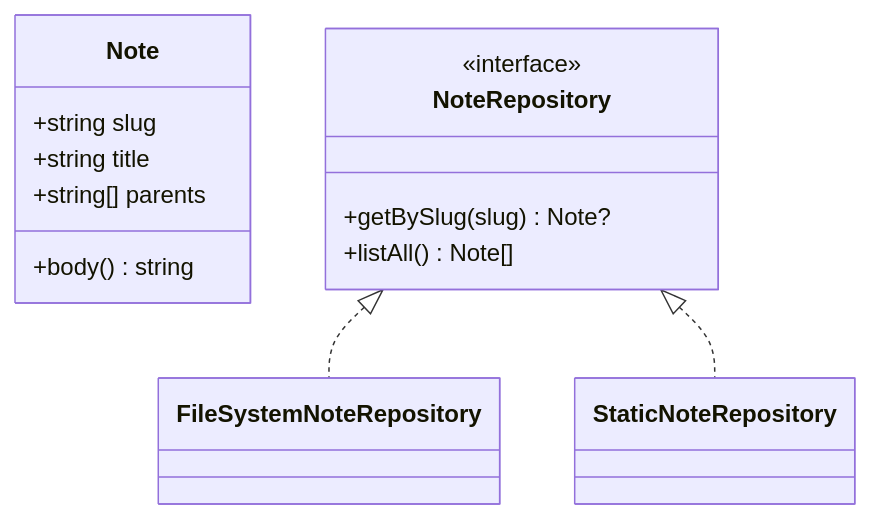
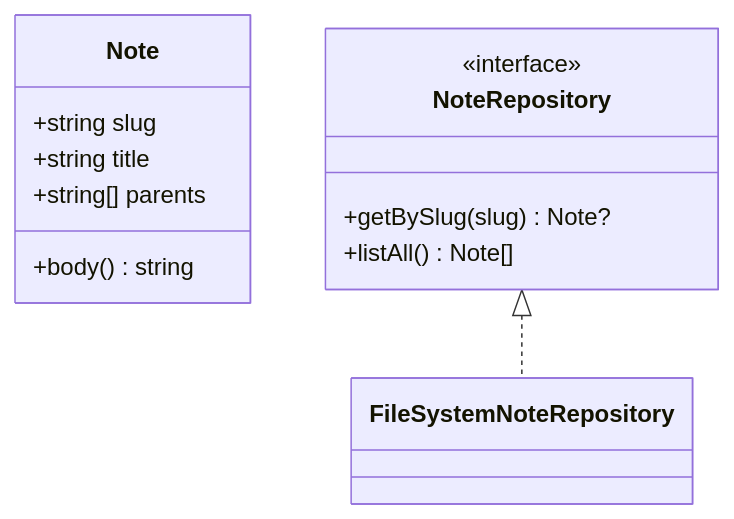
One commit to y9vad9/onvu changed the third of 3 diagrams in content/notes/en/template-reference.md. Above: the diagram before and after it, drawn with Mermaid. The commit also changed other lines of this file and 2 other files, not shown here.

````diff
--- a/content/notes/en/template-reference.md
+++ b/content/notes/en/template-reference.md
@@ -165,16 +192,15 @@
 ```mermaid
 classDiagram
     class Note {
       +string slug
       +string title
       +string[] parents
       +body() string
     }
     class NoteRepository {
       <<interface>>
       +getBySlug(slug) Note?
       +listAll() Note[]
     }
     NoteRepository <|.. FileSystemNoteRepository
-    NoteRepository <|.. StaticNoteRepository
 ```
````
